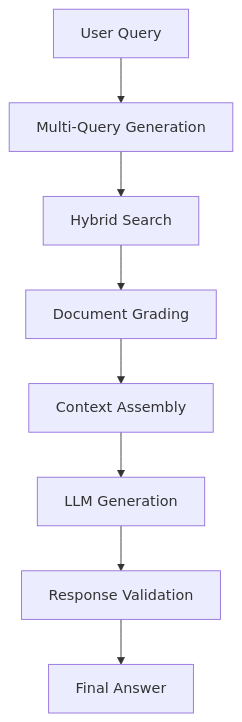
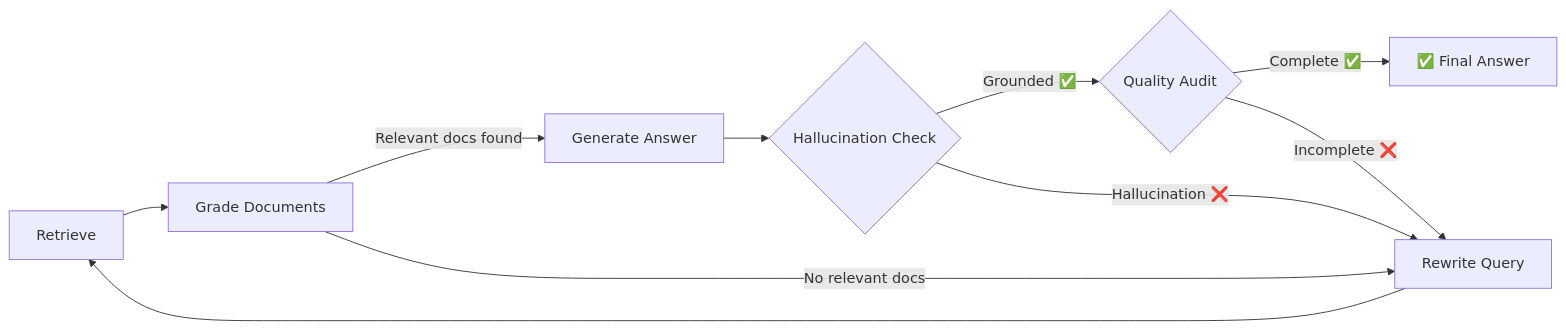
Before and after one commit to mini-rag-deploy/mini-ragg: the diagram in README.md, drawn with Mermaid. The commit also changed other lines of this file and 36 other files, not shown here.

````diff
--- a/README.md
+++ b/README.md
@@ -72,10 +83,12 @@
 ```mermaid
-graph TD
-    A[User Query] --> B[Multi-Query Generation]
-    B --> C[Hybrid Search]
-    C --> D[Document Grading]
-    D --> E[Context Assembly]
-    E --> F[LLM Generation]
-    F --> G[Response Validation]
-    G --> H[Final Answer]
+graph LR
+    A[Retrieve] --> B[Grade Documents]
+    B -->|Relevant docs found| C[Generate Answer]
+    B -->|No relevant docs| D[Rewrite Query]
+    C --> E{Hallucination Check}
+    E -->|Grounded ✅| F{Quality Audit}
+    E -->|Hallucination ❌| D
+    F -->|Complete ✅| G[✅ Final Answer]
+    F -->|Incomplete ❌| D
+    D --> A
 ```
````
